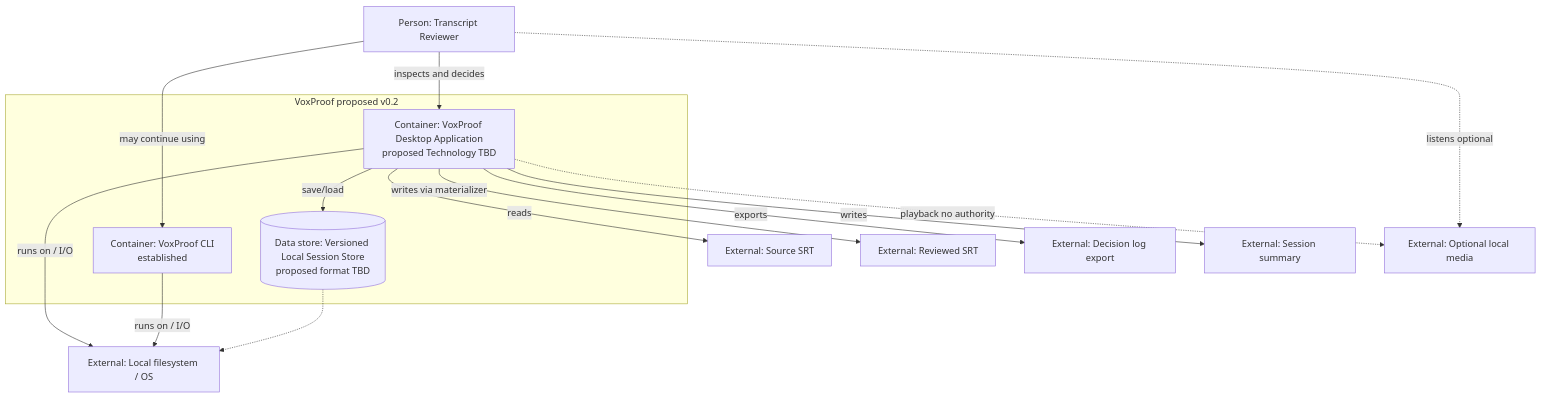
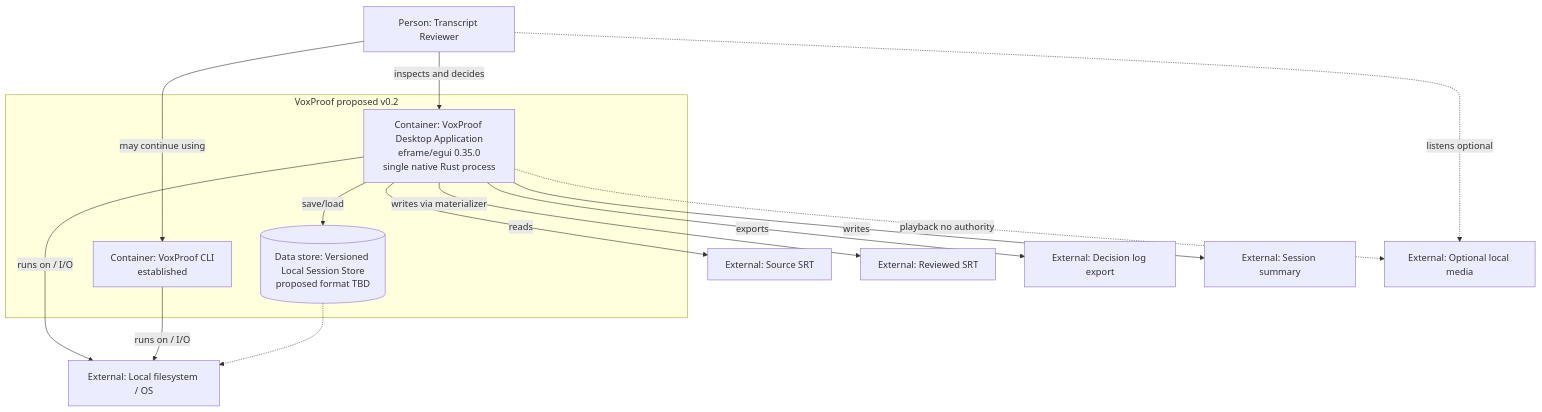
Before and after one commit to qwertyboy0325/vox-proof: the third of 4 diagrams in docs/architecture/v0.2-c4-architecture.md, drawn with Mermaid. The commit also changed other lines of this file and 5 other files, not shown here.

Commit message:
docs(governance): record native desktop foundation

````diff
--- a/docs/architecture/v0.2-c4-architecture.md
+++ b/docs/architecture/v0.2-c4-architecture.md
@@ -144,30 +144,30 @@
 ```mermaid
 flowchart TB
   reviewer["Person: Transcript Reviewer"]
 
   subgraph v02["VoxProof proposed v0.2"]
     cli["Container: VoxProof CLI<br/>established"]
-    desktop["Container: VoxProof Desktop Application<br/>proposed Technology TBD"]
+    desktop["Container: VoxProof Desktop Application<br/>eframe/egui 0.35.0<br/>single native Rust process"]
     sessionStore[("Data store: Versioned Local Session Store<br/>proposed format TBD")]
   end
 
   fs["External: Local filesystem / OS"]
   srcSrt["External: Source SRT"]
   reviewed["External: Reviewed SRT"]
   dlog["External: Decision log export"]
   summary["External: Session summary"]
   media["External: Optional local media"]
 
   reviewer -->|may continue using| cli
   reviewer -->|inspects and decides| desktop
   reviewer -.->|listens optional| media
   desktop -->|reads| srcSrt
   desktop -->|writes via materializer| reviewed
   desktop -->|exports| dlog
   desktop -->|writes| summary
   desktop -->|save/load| sessionStore
   desktop -.->|playback no authority| media
   desktop -->|runs on / I/O| fs
   cli -->|runs on / I/O| fs
   sessionStore -.-> fs
 ```
````
